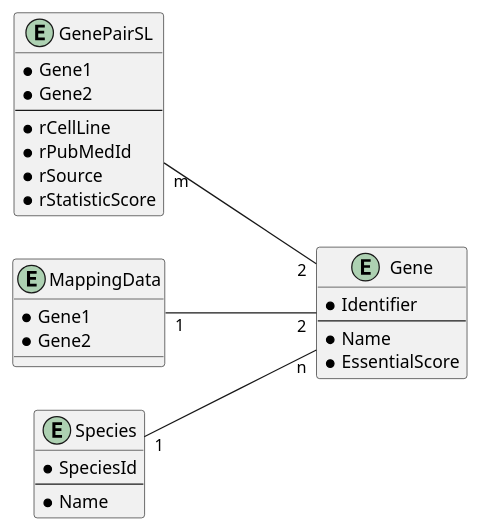
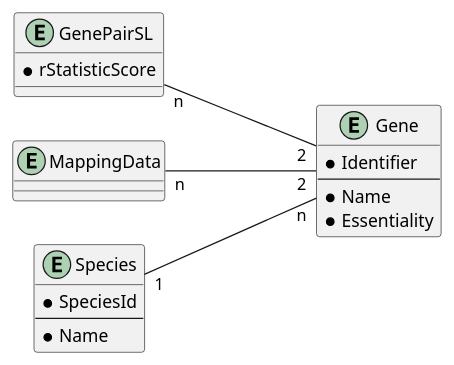
Before and after one commit to Linus-69420/MALOL-Cancer: the diagram in plantuml/erd.puml, drawn with PlantUML. The commit also changed 2 other files, not shown here.

```diff
--- a/plantuml/erd.puml
+++ b/plantuml/erd.puml
@@ -1,36 +1,28 @@
 @startuml
 left to right direction
 
 entity GenePairSL {
-    * Gene1
-    * Gene2
-    --
-    * rCellLine
-    * rPubMedId
-    * rSource
     * rStatisticScore
 }
 
 entity MappingData {
-    * Gene1
-    * Gene2
 }
 
 entity Gene {
     * Identifier
     --
     * Name
-    * EssentialScore
+    * Essentiality
 }
 
 entity Species {
     * SpeciesId
     --
     * Name
 }
 
 Species "1"---"n" Gene
-GenePairSL "m"---"2" Gene
-MappingData "1"---"2" Gene
+GenePairSL "n"---"2" Gene
+MappingData "n"---"2" Gene
 
 @enduml
```
